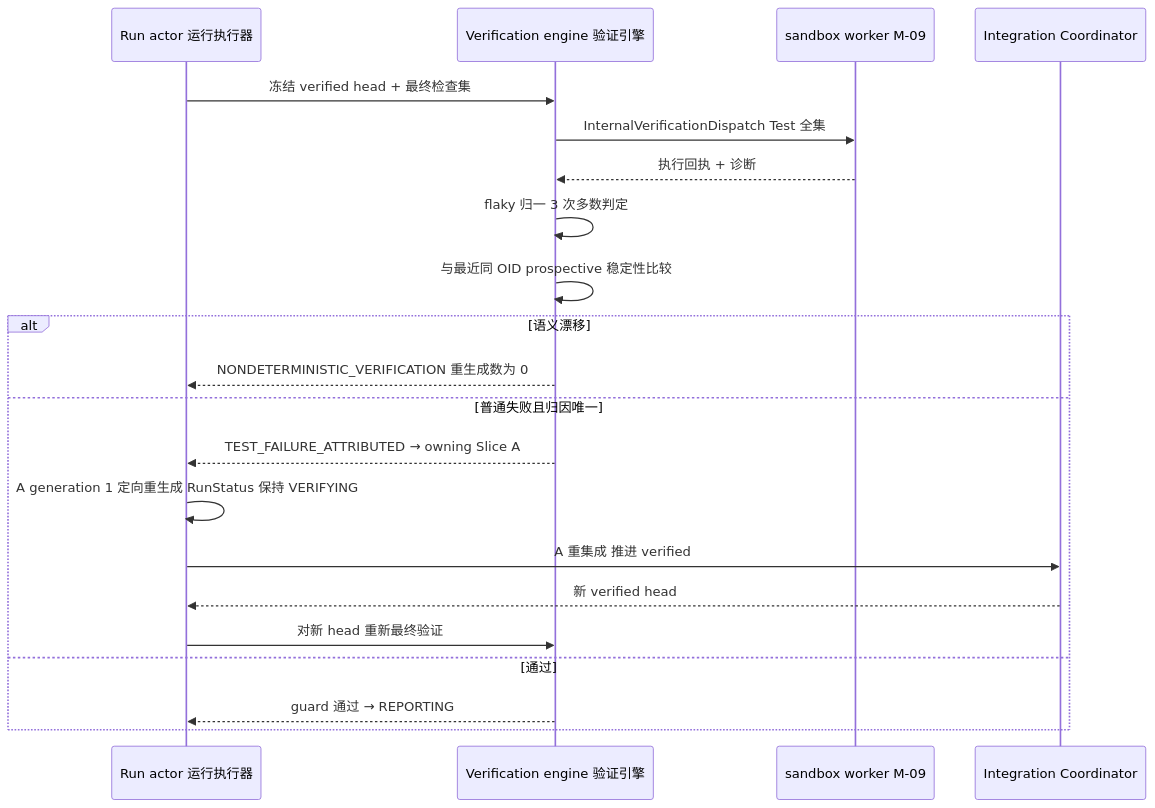
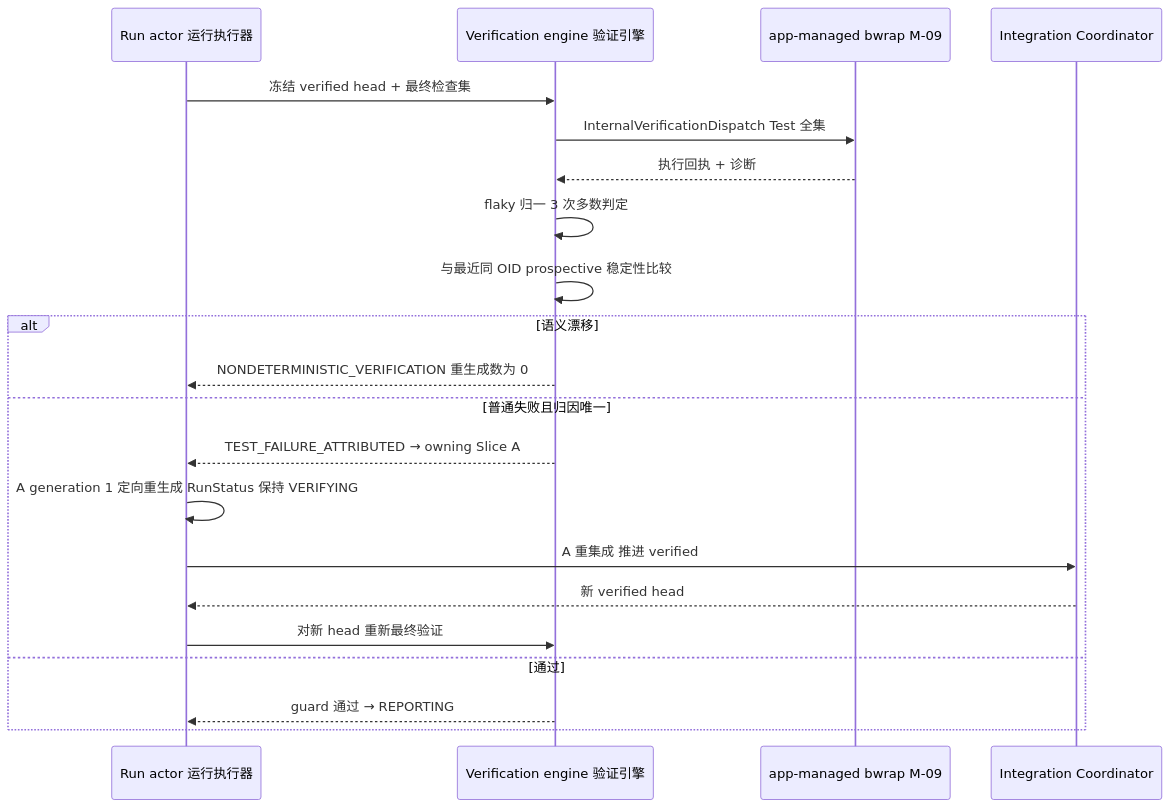
Before and after one commit to LT0X/CodeMigrator: the third of 3 diagrams in temp_doc/codemigrator_design_python_doc/architecture_module_design/CodeMigrator_验证引擎.md, drawn with Mermaid. The commit also changed other lines of this file and 55 other files, not shown here.

````diff
--- a/temp_doc/codemigrator_design_python_doc/architecture_module_design/CodeMigrator_验证引擎.md
+++ b/temp_doc/codemigrator_design_python_doc/architecture_module_design/CodeMigrator_验证引擎.md
@@ -257,23 +261,23 @@
 ```mermaid
 sequenceDiagram
     participant R as Run actor 运行执行器
     participant V as Verification engine 验证引擎
-    participant W as sandbox worker M-09
+    participant W as app-managed bwrap M-09
     participant I as Integration Coordinator
     R->>V: 冻结 verified head + 最终检查集
     V->>W: InternalVerificationDispatch Test 全集
     W-->>V: 执行回执 + 诊断
     V->>V: flaky 归一 3 次多数判定
     V->>V: 与最近同 OID prospective 稳定性比较
     alt 语义漂移
         V-->>R: NONDETERMINISTIC_VERIFICATION 重生成数为 0
     else 普通失败且归因唯一
         V-->>R: TEST_FAILURE_ATTRIBUTED → owning Slice A
         R->>R: A generation 1 定向重生成 RunStatus 保持 VERIFYING
         R->>I: A 重集成 推进 verified
         I-->>R: 新 verified head
         R->>V: 对新 head 重新最终验证
     else 通过
         V-->>R: guard 通过 → REPORTING
     end
 ```
````
